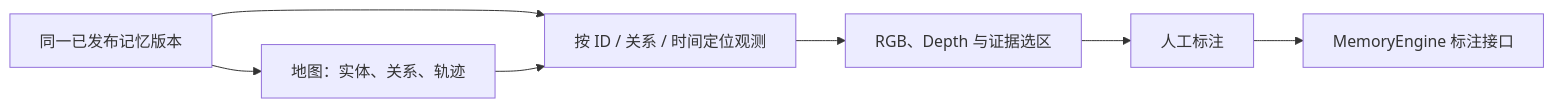
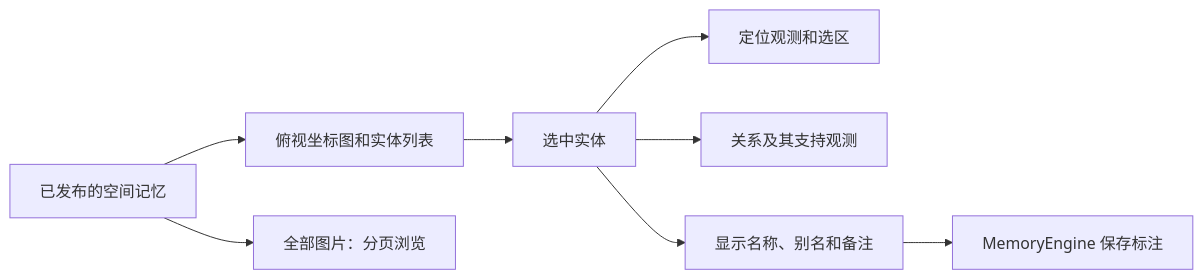
Before and after one commit to Anoool/vln_memory: the diagram in docx/modules/viewer/memory_viewer.md, drawn with Mermaid. The commit also changed other lines of this file and 12 other files, not shown here.

First line of the commit message:
添加空间记忆查看器、证据图库和人工标注

```diff
--- a/docx/modules/viewer/memory_viewer.md
+++ b/docx/modules/viewer/memory_viewer.md
@@ -9,9 +20,10 @@
 ~~~mermaid
 flowchart LR
-  A["同一已发布记忆版本"] --> B["地图：实体、关系、轨迹"]
-  A --> C["按 ID / 关系 / 时间定位观测"]
-  B --> C
-  C --> D["RGB、Depth 与证据选区"]
-  D --> E["人工标注"]
-  E --> F["MemoryEngine 标注接口"]
+  A["已发布的空间记忆"] --> B["俯视坐标图和实体列表"]
+  B --> C["选中实体"]
+  C --> D["定位观测和选区"]
+  C --> E["关系及其支持观测"]
+  A --> F["全部图片：分页浏览"]
+  C --> G["显示名称、别名和备注"]
+  G --> H["MemoryEngine 保存标注"]
 ~~~
```
